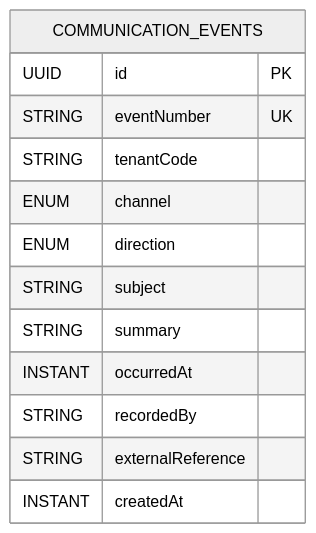
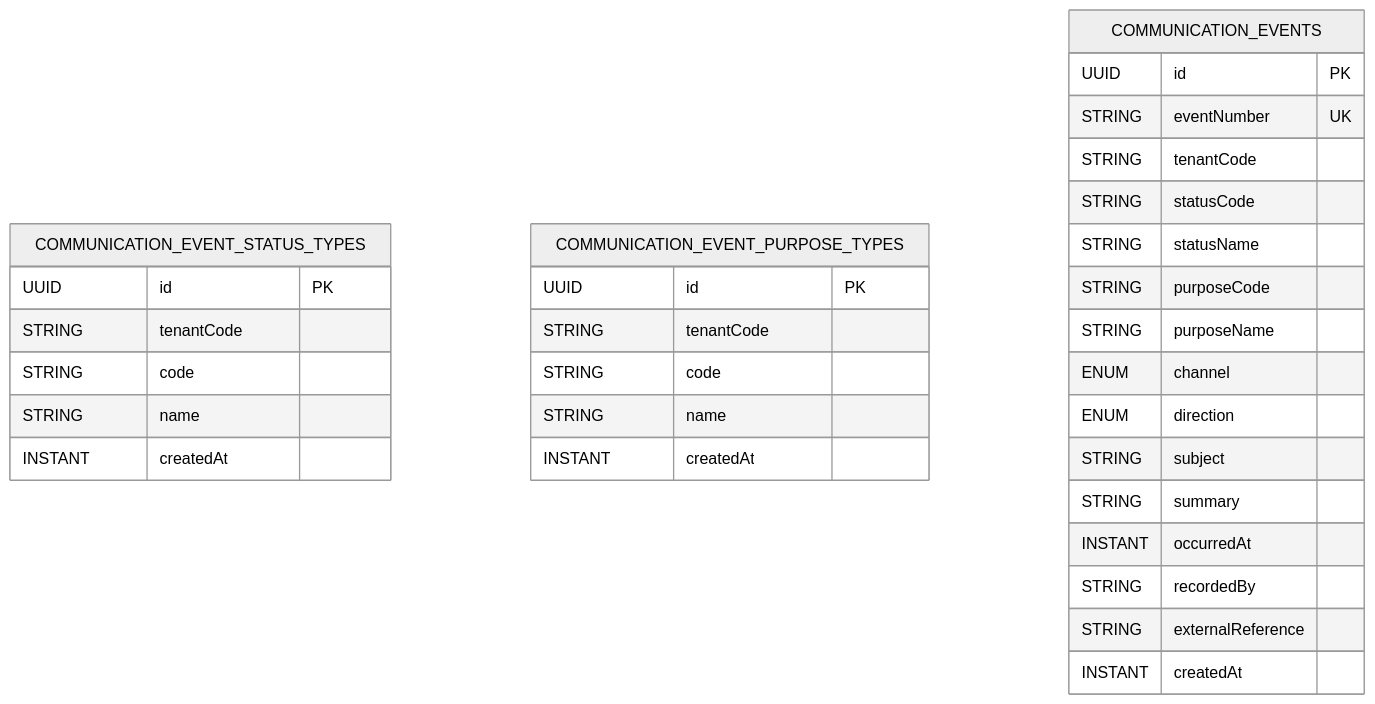
The diagram in docs/communication-events-data-model.md (ArcanaERP/platform), drawn with Mermaid (neutral theme) before and after one commit. The commit also changed other lines of this file and 33 other files, not shown here.

Commit message:
Add communication event status and purpose catalogs

````diff
--- a/docs/communication-events-data-model.md
+++ b/docs/communication-events-data-model.md
@@ -7,16 +7,36 @@
 ```mermaid
 erDiagram
+    COMMUNICATION_EVENT_STATUS_TYPES {
+      UUID id PK
+      STRING tenantCode
+      STRING code
+      STRING name
+      INSTANT createdAt
+    }
+
+    COMMUNICATION_EVENT_PURPOSE_TYPES {
+      UUID id PK
+      STRING tenantCode
+      STRING code
+      STRING name
+      INSTANT createdAt
+    }
+
     COMMUNICATION_EVENTS {
       UUID id PK
       STRING eventNumber UK
       STRING tenantCode
+      STRING statusCode
+      STRING statusName
+      STRING purposeCode
+      STRING purposeName
       ENUM channel
       ENUM direction
       STRING subject
       STRING summary
       INSTANT occurredAt
       STRING recordedBy
       STRING externalReference
       INSTANT createdAt
     }
 ```
````
